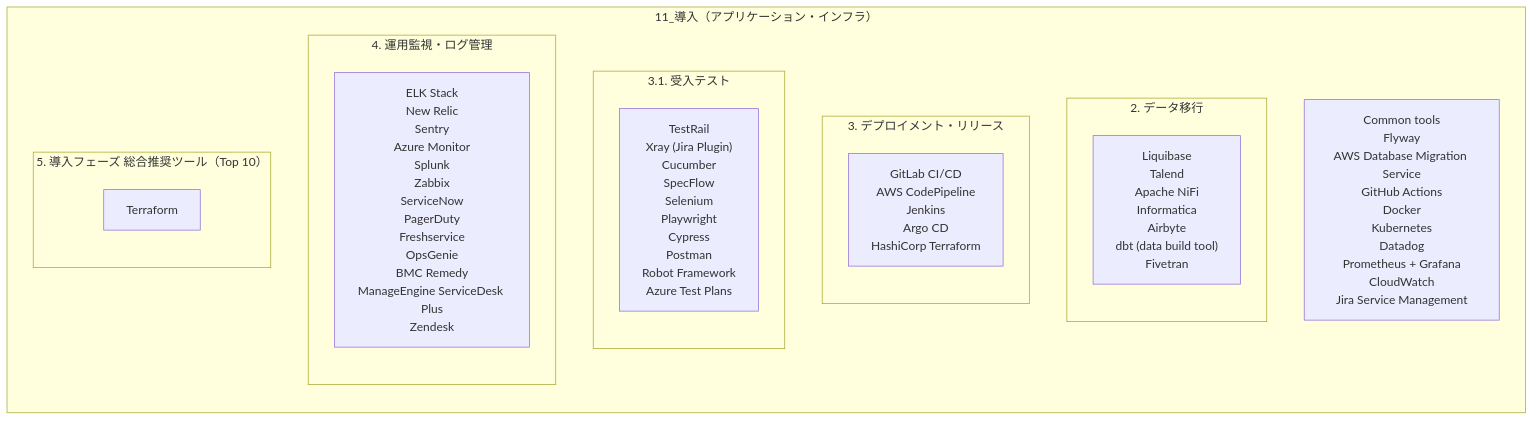
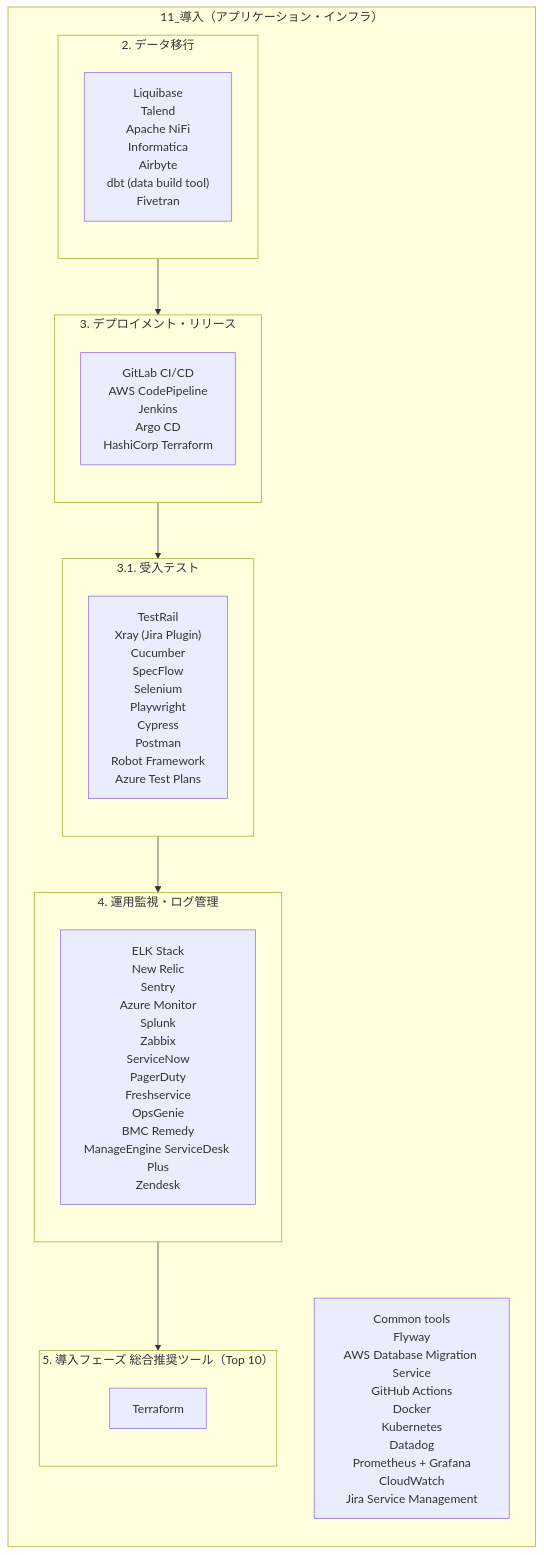
One commit to infinith4/dev-moderndev changed diagram 13 of 13 in docs/dev_process_mermaid.md. Above: the diagram before and after it, drawn with Mermaid. The commit also changed other lines of this file, not shown here.

````diff
--- a/docs/dev_process_mermaid.md
+++ b/docs/dev_process_mermaid.md
@@ -300,28 +327,29 @@
 ```mermaid
 %%{init: {'flowchart': {'htmlLabels': true}}}%%
 flowchart TB
     subgraph P12[11_導入（アプリケーション・インフラ）]
         direction TB
         P12_common["Common tools<br/>Flyway<br/>AWS Database Migration Service<br/>GitHub Actions<br/>Docker<br/>Kubernetes<br/>Datadog<br/>Prometheus + Grafana<br/>CloudWatch<br/>Jira Service Management"]
         subgraph P12s1[2. データ移行]
             direction TB
             P12s1_t["Liquibase<br/>Talend<br/>Apache NiFi<br/>Informatica<br/>Airbyte<br/>dbt (data build tool)<br/>Fivetran"]
         end
         subgraph P12s2[3. デプロイメント・リリース]
             direction TB
             P12s2_t["GitLab CI/CD<br/>AWS CodePipeline<br/>Jenkins<br/>Argo CD<br/>HashiCorp Terraform"]
         end
         subgraph P12s3[3.1. 受入テスト]
             direction TB
             P12s3_t["TestRail<br/>Xray (Jira Plugin)<br/>Cucumber<br/>SpecFlow<br/>Selenium<br/>Playwright<br/>Cypress<br/>Postman<br/>Robot Framework<br/>Azure Test Plans"]
         end
         subgraph P12s4[4. 運用監視・ログ管理]
             direction TB
             P12s4_t["ELK Stack<br/>New Relic<br/>Sentry<br/>Azure Monitor<br/>Splunk<br/>Zabbix<br/>ServiceNow<br/>PagerDuty<br/>Freshservice<br/>OpsGenie<br/>BMC Remedy<br/>ManageEngine ServiceDesk Plus<br/>Zendesk"]
         end
         subgraph P12s5[5. 導入フェーズ 総合推奨ツール（Top 10）]
             direction TB
             P12s5_t["Terraform"]
         end
+        P12s1 --> P12s2 --> P12s3 --> P12s4 --> P12s5
     end
 ```
````
